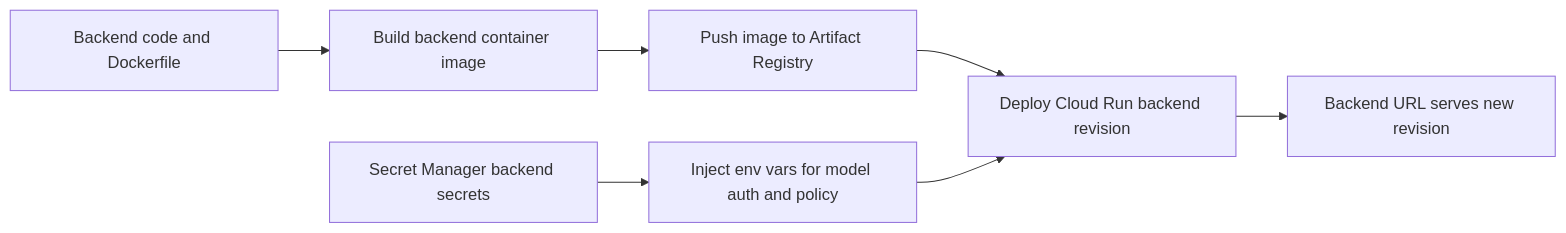
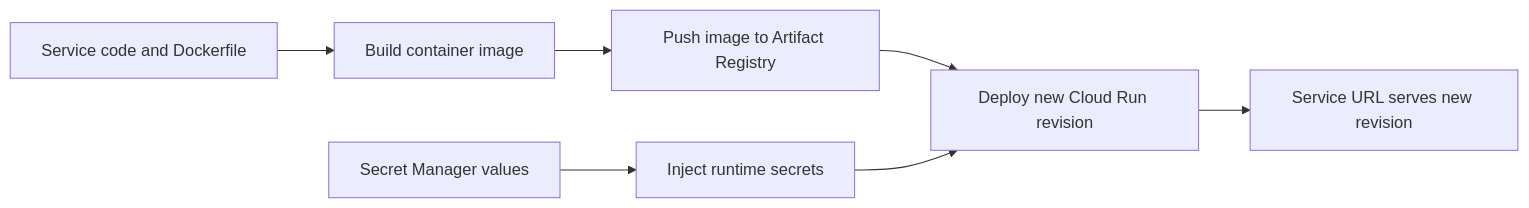
One commit to gzguevara/sql_agent_interview changed the second of 2 diagrams in README.md. Above: the diagram before and after it, drawn with Mermaid. The commit also changed other lines of this file, not shown here.

````diff
--- a/README.md
+++ b/README.md
@@ -98,9 +86,9 @@
 ```mermaid
 flowchart LR
-    CodeBackend[Backend code and Dockerfile] --> BuildBackend[Build backend container image]
-    BuildBackend --> PushBackend[Push image to Artifact Registry]
-    PushBackend --> DeployBackend[Deploy Cloud Run backend revision]
-    SecretBackend[Secret Manager backend secrets] --> InjectBackend[Inject env vars for model auth and policy]
-    InjectBackend --> DeployBackend
-    DeployBackend --> LiveBackend[Backend URL serves new revision]
+    SourceCode[Service code and Dockerfile] --> BuildImage[Build container image]
+    BuildImage --> PushImage[Push image to Artifact Registry]
+    PushImage --> DeployRevision[Deploy new Cloud Run revision]
+    SecretManager[Secret Manager values] --> InjectSecrets[Inject runtime secrets]
+    InjectSecrets --> DeployRevision
+    DeployRevision --> ServiceURL[Service URL serves new revision]
 ```
````
